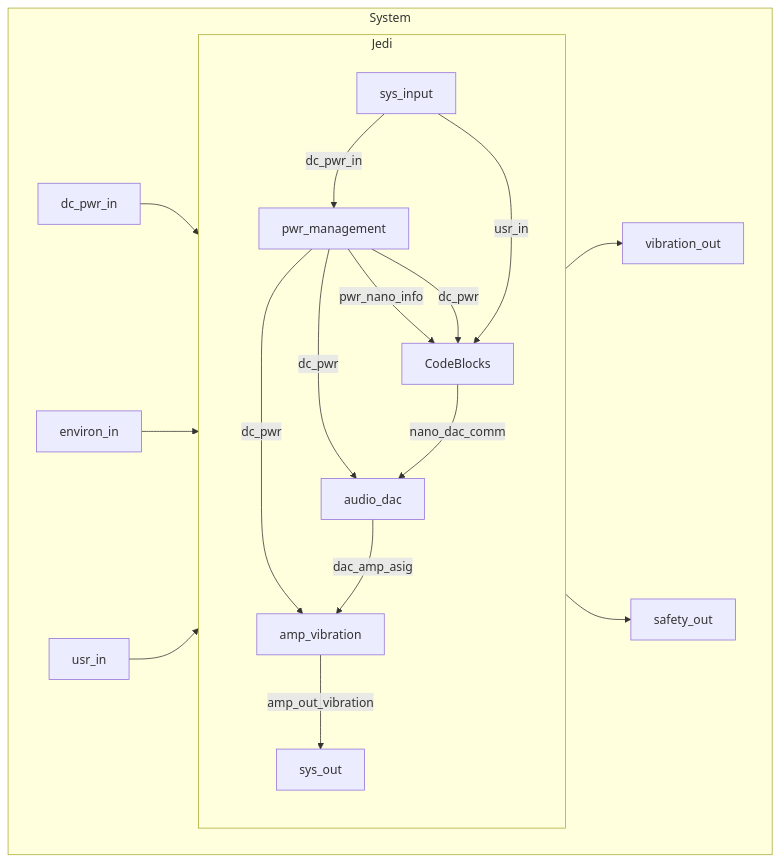
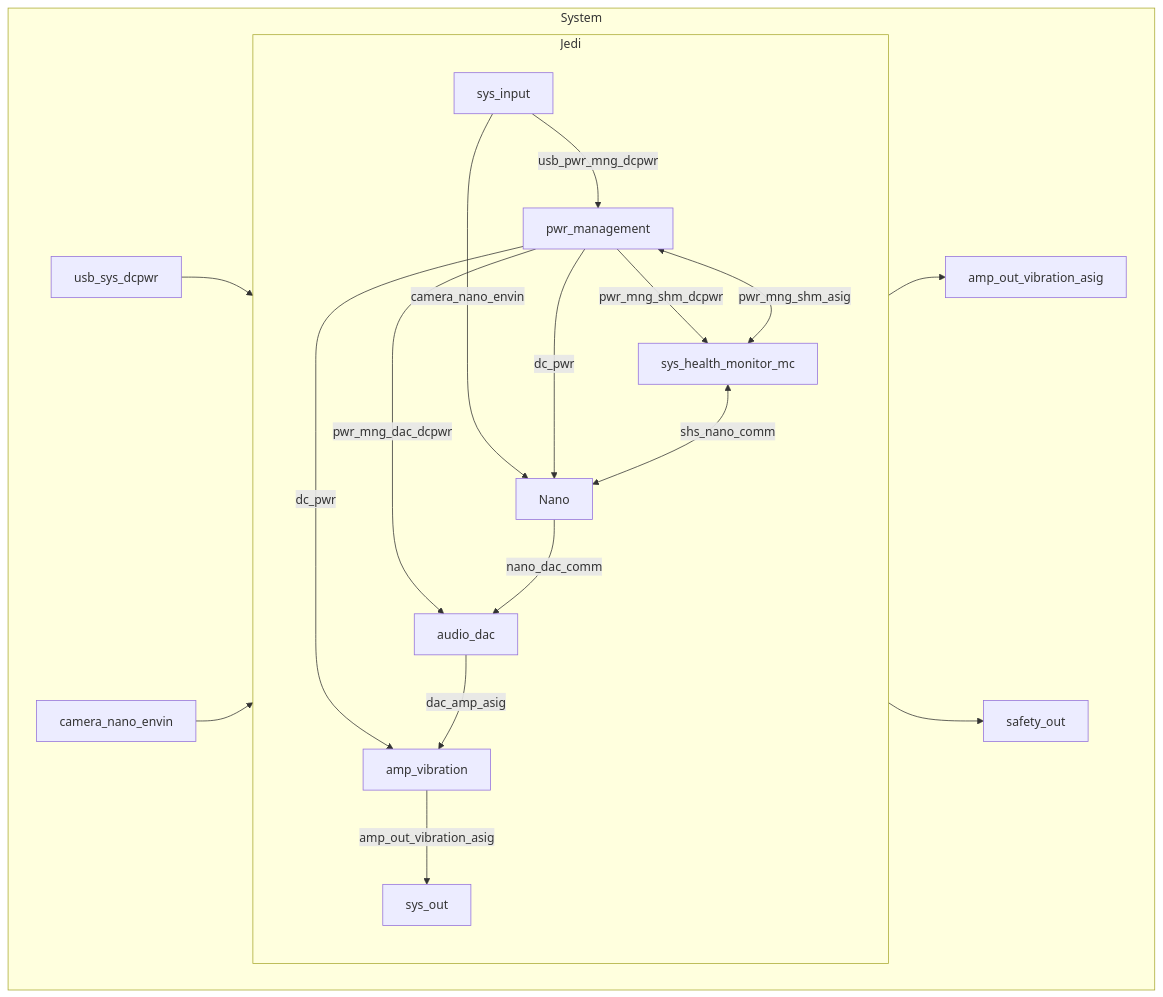
One commit to Jedi-Vision/ECE44x changed the second of 15 diagrams in blocks.md. Above: the diagram before and after it, drawn with Mermaid. The commit also changed other lines of this file, not shown here.

Commit message:
Update system diagram to align as much with project document as I can.

````diff
--- a/blocks.md
+++ b/blocks.md
@@ -15,34 +15,39 @@
 ```mermaid
 graph TD
     subgraph System
         subgraph Jedi
             %% Power management block
-            sys_input -- "dc_pwr_in" --> pwr_management
-            pwr_management -- "pwr_nano_info" --> CodeBlocks
-            pwr_management -- "dc_pwr" --> CodeBlocks
+            sys_input -- "usb_pwr_mng_dcpwr" --> pwr_management
+            sys_input -- "camera_nano_envin" --> Nano
+            pwr_management -- "dc_pwr" --> Nano
             pwr_management -- "dc_pwr" --> amp_vibration
-            pwr_management -- "dc_pwr" --> audio_dac
+            pwr_management -- "pwr_mng_dac_dcpwr" --> audio_dac
+            pwr_management -- "pwr_mng_shm_dcpwr" --> sys_health_monitor_mc
 
             %% Camera
             %%sys_input -- "environ_in" --> camera
-            %%camera -- "cam_feed" --> CodeBlocks
+            %%camera -- "cam_feed" --> Nano
 
             %% Mode Switch
             %%sys_input -- "usr_in" --> mode_switch
-            %%mode_switch -- "det_mode" --> CodeBlocks
+            %%mode_switch -- "det_mode" --> Nano
 
-            CodeBlocks -- "nano_dac_comm" --> audio_dac
+            %% System Health Monitor
+            pwr_management <-- "pwr_mng_shm_asig" --> sys_health_monitor_mc
+            sys_health_monitor_mc <-- "shs_nano_comm" --> Nano
+
+            Nano -- "nano_dac_comm" --> audio_dac
             audio_dac -- "dac_amp_asig" --> amp_vibration
-            sys_input -- "usr_in" --> CodeBlocks
-            amp_vibration -- "amp_out_vibration" --> sys_out
+            %%sys_input -- "usr_in" --> Nano
+            amp_vibration -- "amp_out_vibration_asig" --> sys_out
 
         end
 
         %% System input and outputs
-        dc_pwr_in --> Jedi
-        environ_in --> Jedi
-        usr_in --> Jedi
-        Jedi --> vibration_out
+        usb_sys_dcpwr --> Jedi
+        camera_nano_envin --> Jedi
+        %%usr_in --> Jedi
+        Jedi --> amp_out_vibration_asig
         Jedi --> safety_out
     end
 ```
````
